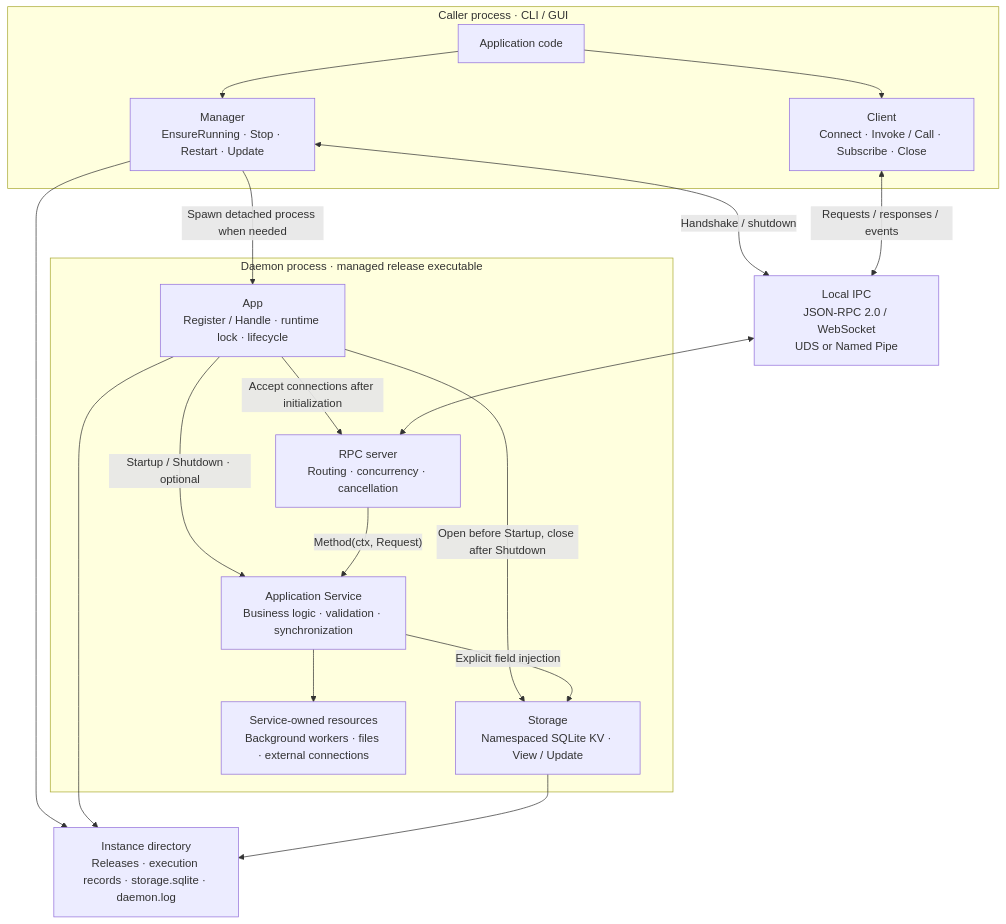
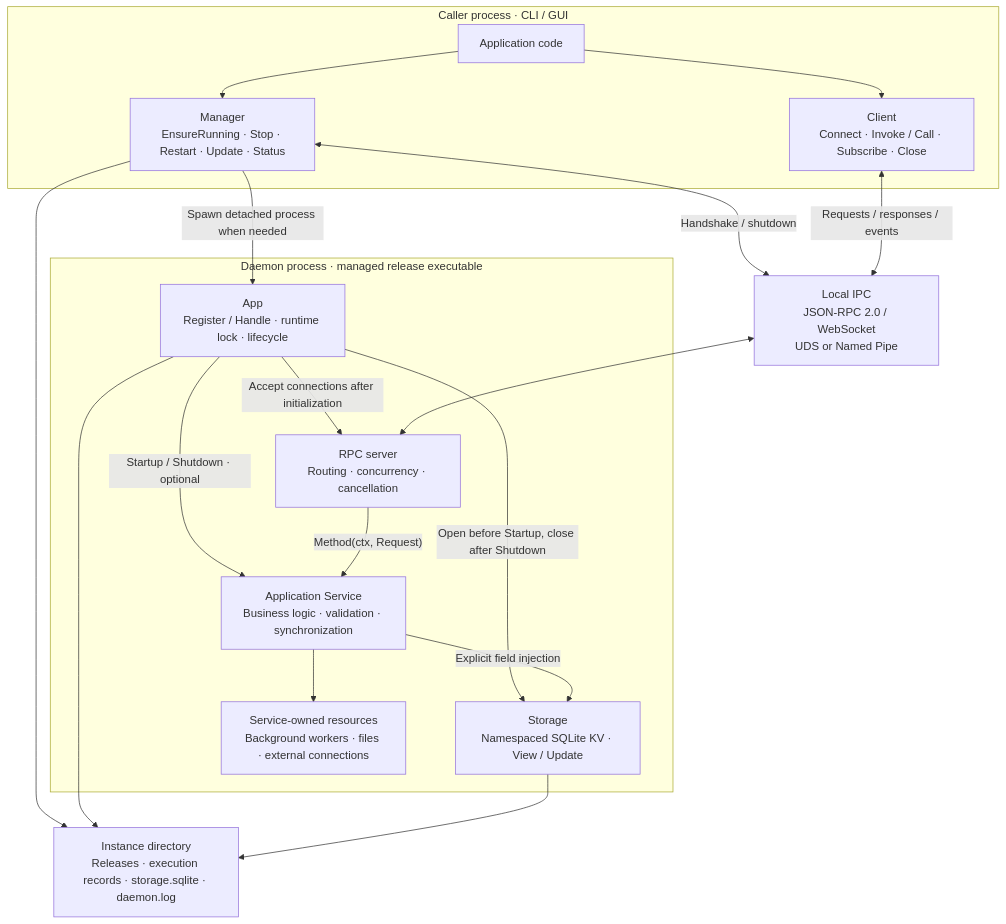
One commit to 134130/go-daemonkit changed the first of 3 diagrams in README.md. Above: the diagram before and after it, drawn with Mermaid. The commit also changed other lines of this file and 9 other files, not shown here.

````diff
--- a/README.md
+++ b/README.md
@@ -15,35 +15,35 @@
 ```mermaid
 flowchart TB
     subgraph caller["Caller process · CLI / GUI"]
         UI["Application code"]
-        Manager["Manager<br/>EnsureRunning · Stop · Restart · Update"]
+        Manager["Manager<br/>EnsureRunning · Stop · Restart · Update · Status"]
         Client["Client<br/>Connect · Invoke / Call · Subscribe · Close"]
         UI --> Manager
         UI --> Client
     end
 
     IPC["Local IPC<br/>JSON-RPC 2.0 / WebSocket<br/>UDS or Named Pipe"]
 
     subgraph daemon["Daemon process · managed release executable"]
         App["App<br/>Register / Handle · runtime lock · lifecycle"]
         RPC["RPC server<br/>Routing · concurrency · cancellation"]
         Service["Application Service<br/>Business logic · validation · synchronization"]
         Storage["Storage<br/>Namespaced SQLite KV · View / Update"]
         App -->|"Open before Startup, close after Shutdown"| Storage
         Service -->|"Explicit field injection"| Storage
         Resources["Service-owned resources<br/>Background workers · files · external connections"]
         App -->|"Startup / Shutdown · optional"| Service
         App -->|"Accept connections after initialization"| RPC
         RPC -->|"Method(ctx, Request)"| Service
         Service --> Resources
     end
 
     State["Instance directory<br/>Releases · execution records · storage.sqlite · daemon.log"]
     Manager -->|"Spawn detached process when needed"| App
     Manager <-->|"Handshake / shutdown"| IPC
     Client <-->|"Requests / responses / events"| IPC
     IPC <--> RPC
     Manager --> State
     App --> State
     Storage --> State
 ```
````
